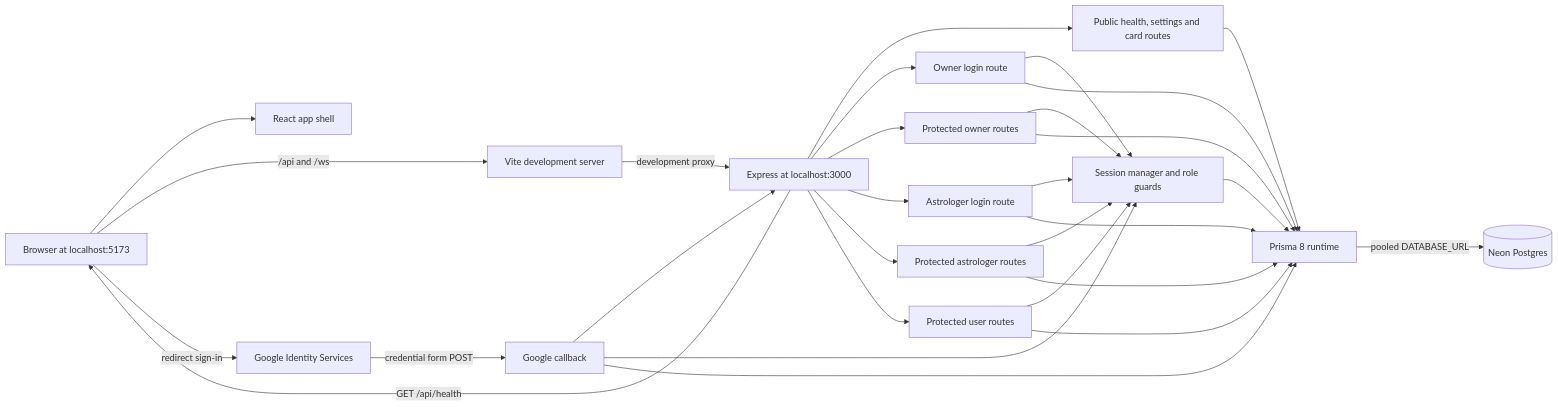
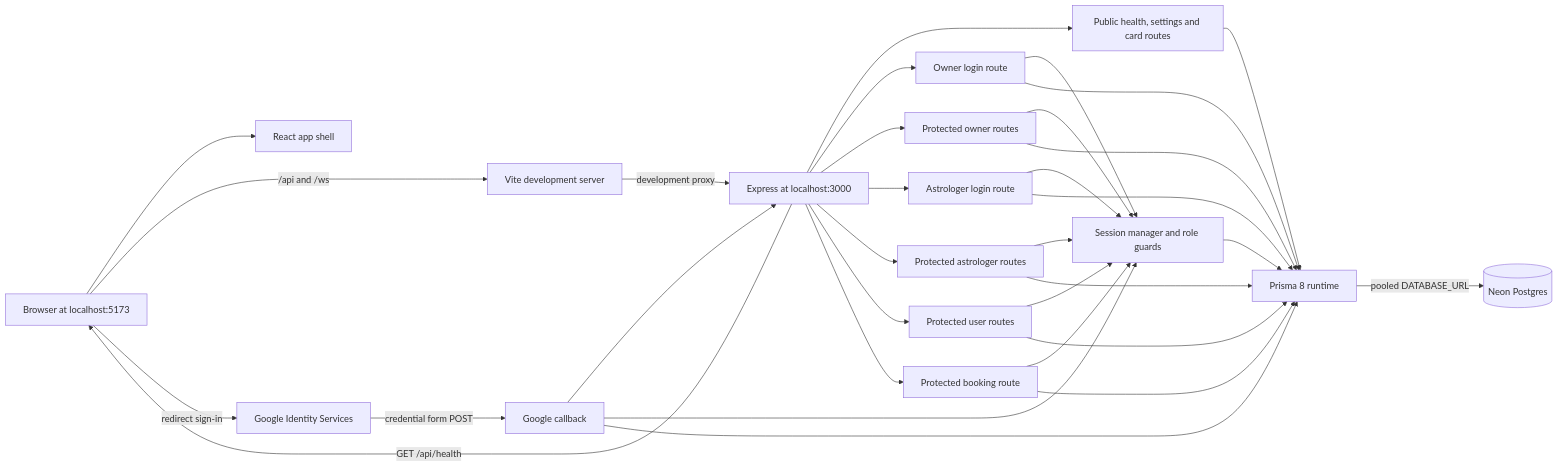
One commit to Yash1927/AstroWeb-App changed the first of 5 diagrams in docs/ARCHITECTURE.md. Above: the diagram before and after it, drawn with Mermaid. The commit also changed other lines of this file and 23 other files, not shown here.

````diff
--- a/docs/ARCHITECTURE.md
+++ b/docs/ARCHITECTURE.md
@@ -20,47 +20,51 @@
 ```mermaid
 flowchart LR
     Browser[Browser at localhost:5173]
     React[React app shell]
     Vite[Vite development server]
     Express[Express at localhost:3000]
     Public[Public health, settings and card routes]
     OwnerAuth[Owner login route]
     Owner[Protected owner routes]
     AstroAuth[Astrologer login route]
     Astrologer[Protected astrologer routes]
     Google[Google Identity Services]
     UserAuth[Google callback]
     User[Protected user routes]
+    Booking[Protected booking route]
     Session[Session manager and role guards]
     Prisma[Prisma 8 runtime]
     Neon[(Neon Postgres)]
 
     Browser --> React
     Browser -->|/api and /ws| Vite
     Vite -->|development proxy| Express
     Express -->|GET /api/health| Browser
     Express --> Public
     Express --> OwnerAuth
     Express --> Owner
     Express --> AstroAuth
     Express --> Astrologer
     Browser -->|redirect sign-in| Google
     Google -->|credential form POST| UserAuth
     UserAuth --> Express
     Express --> User
+    Express --> Booking
     OwnerAuth --> Session
     Owner --> Session
     AstroAuth --> Session
     Astrologer --> Session
     UserAuth --> Session
     User --> Session
+    Booking --> Session
     Session --> Prisma
     OwnerAuth --> Prisma
     Owner --> Prisma
     AstroAuth --> Prisma
     Astrologer --> Prisma
     UserAuth --> Prisma
     User --> Prisma
+    Booking --> Prisma
     Public --> Prisma
     Prisma -->|pooled DATABASE_URL| Neon
 ```
````
